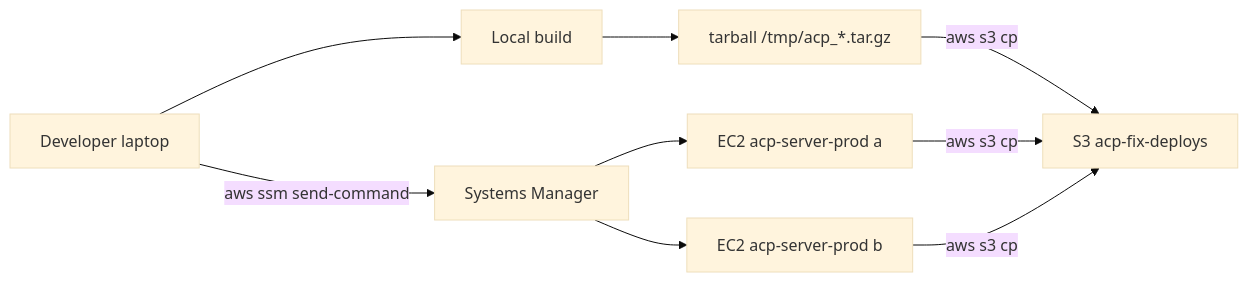
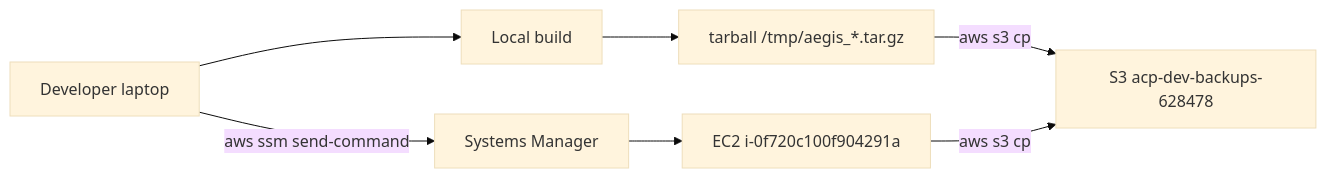
The third of 3 diagrams in docs/architecture/deployment-topology.md (Abhi-mishra998/aegis), drawn with Mermaid (base theme) before and after one commit. The commit also changed other lines of this file and 44 other files, not shown here.

````diff
--- a/docs/architecture/deployment-topology.md
+++ b/docs/architecture/deployment-topology.md
@@ -140,18 +133,15 @@
 ```mermaid
 flowchart LR
     Dev[Developer laptop]
     Build[Local build]
-    Tar[tarball /tmp/acp_*.tar.gz]
-    S3D[S3 acp-fix-deploys]
+    Tar[tarball /tmp/aegis_*.tar.gz]
+    S3D[S3 acp-dev-backups-628478]
     SSM[Systems Manager]
-    EC2A[EC2 acp-server-prod a]
-    EC2B[EC2 acp-server-prod b]
+    EC2[EC2 i-0f720c100f904291a]
     Dev --> Build
     Build --> Tar
     Tar -->|aws s3 cp| S3D
     Dev -->|aws ssm send-command| SSM
-    SSM --> EC2A
-    SSM --> EC2B
-    EC2A -->|aws s3 cp| S3D
-    EC2B -->|aws s3 cp| S3D
+    SSM --> EC2
+    EC2 -->|aws s3 cp| S3D
 ```
````
